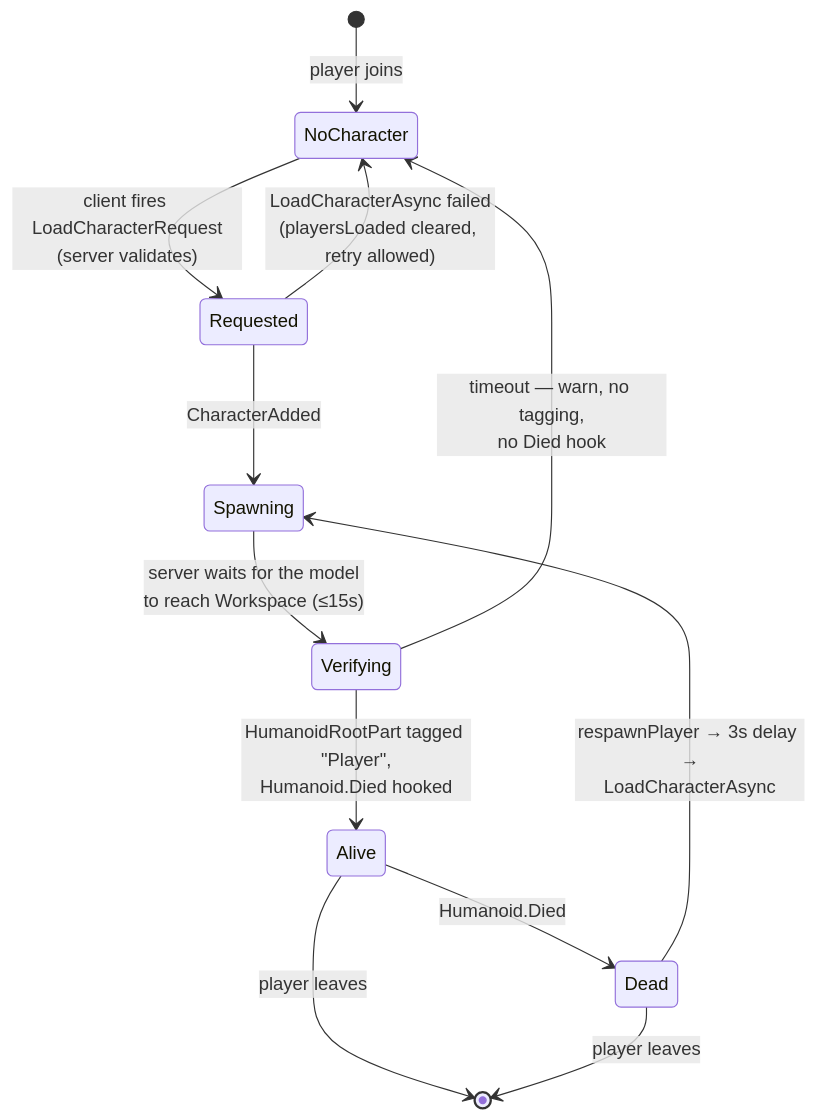
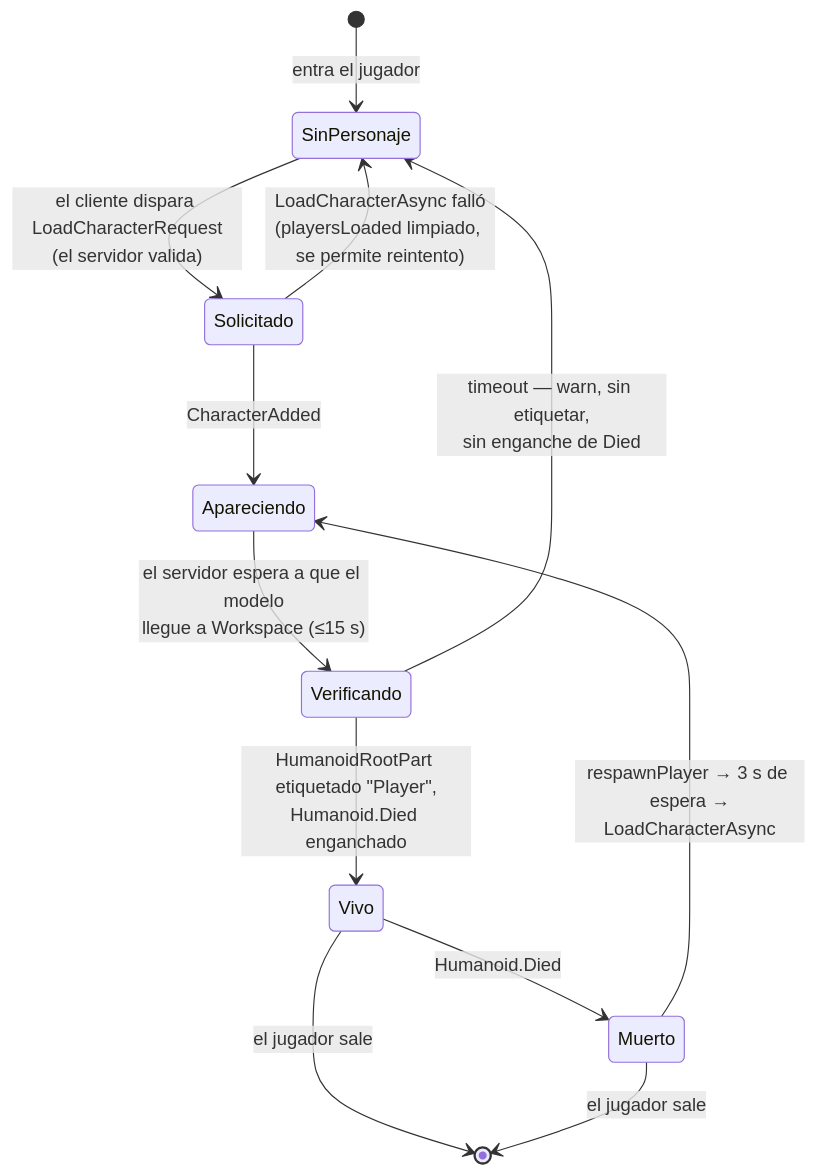
One commit to Arclyne/voz-hispana changed the first of 2 diagrams in docs/architecture/character-lifecycle.md. Above: the diagram before and after it, drawn with Mermaid. The commit also changed other lines of this file and 8 other files, not shown here.

````diff
--- a/docs/architecture/character-lifecycle.md
+++ b/docs/architecture/character-lifecycle.md
@@ -16,16 +16,16 @@
 ```mermaid
 stateDiagram-v2
-    [*] --> NoCharacter: player joins
-    NoCharacter --> Requested: client fires LoadCharacterRequest<br/>(server validates)
-    Requested --> NoCharacter: LoadCharacterAsync failed<br/>(playersLoaded cleared, retry allowed)
-    Requested --> Spawning: CharacterAdded
+    [*] --> SinPersonaje: entra el jugador
+    SinPersonaje --> Solicitado: el cliente dispara LoadCharacterRequest<br/>(el servidor valida)
+    Solicitado --> SinPersonaje: LoadCharacterAsync falló<br/>(playersLoaded limpiado, se permite reintento)
+    Solicitado --> Apareciendo: CharacterAdded
 
-    Spawning --> Verifying: server waits for the model<br/>to reach Workspace (≤15s)
-    Verifying --> NoCharacter: timeout — warn, no tagging,<br/>no Died hook
-    Verifying --> Alive: HumanoidRootPart tagged "Player",<br/>Humanoid.Died hooked
+    Apareciendo --> Verificando: el servidor espera a que el modelo<br/>llegue a Workspace (≤15 s)
+    Verificando --> SinPersonaje: timeout — warn, sin etiquetar,<br/>sin enganche de Died
+    Verificando --> Vivo: HumanoidRootPart etiquetado "Player",<br/>Humanoid.Died enganchado
 
-    Alive --> Dead: Humanoid.Died
-    Dead --> Spawning: respawnPlayer → 3s delay →<br/>LoadCharacterAsync
-    Alive --> [*]: player leaves
-    Dead --> [*]: player leaves
+    Vivo --> Muerto: Humanoid.Died
+    Muerto --> Apareciendo: respawnPlayer → 3 s de espera →<br/>LoadCharacterAsync
+    Vivo --> [*]: el jugador sale
+    Muerto --> [*]: el jugador sale
 ```
````
